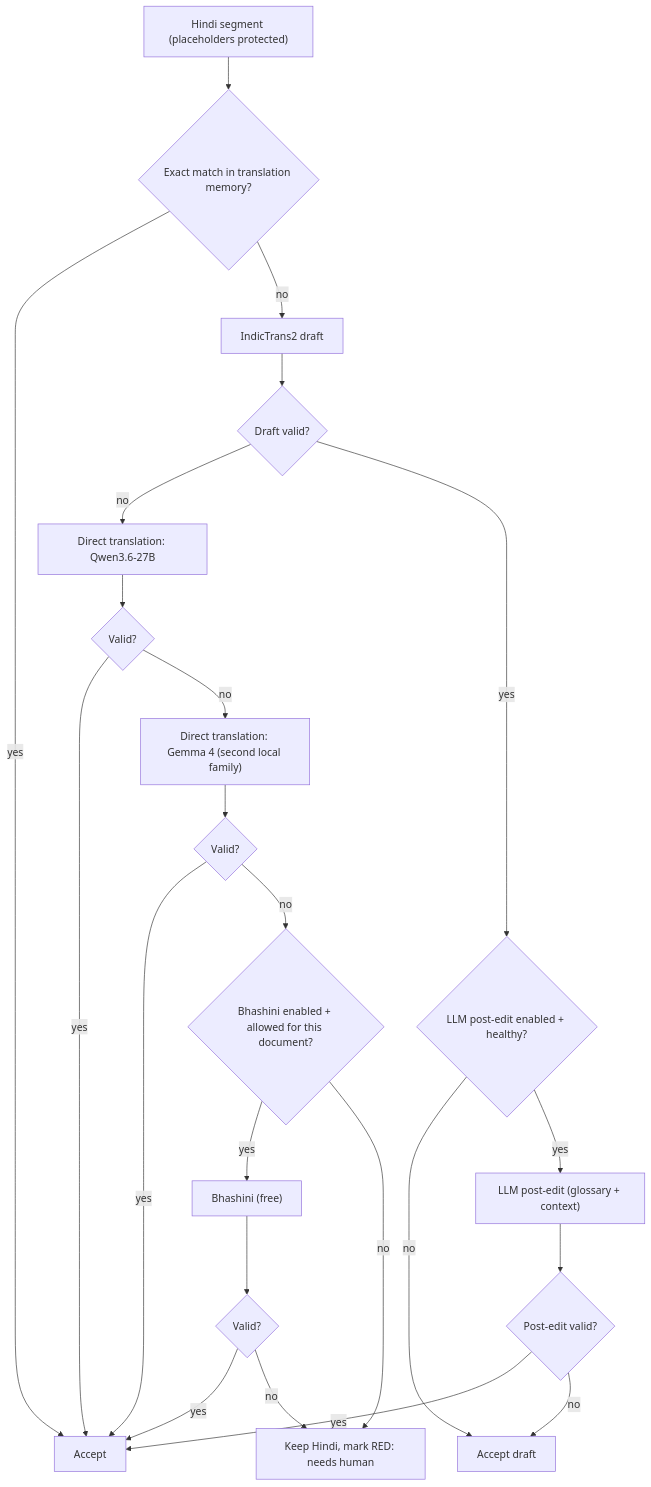
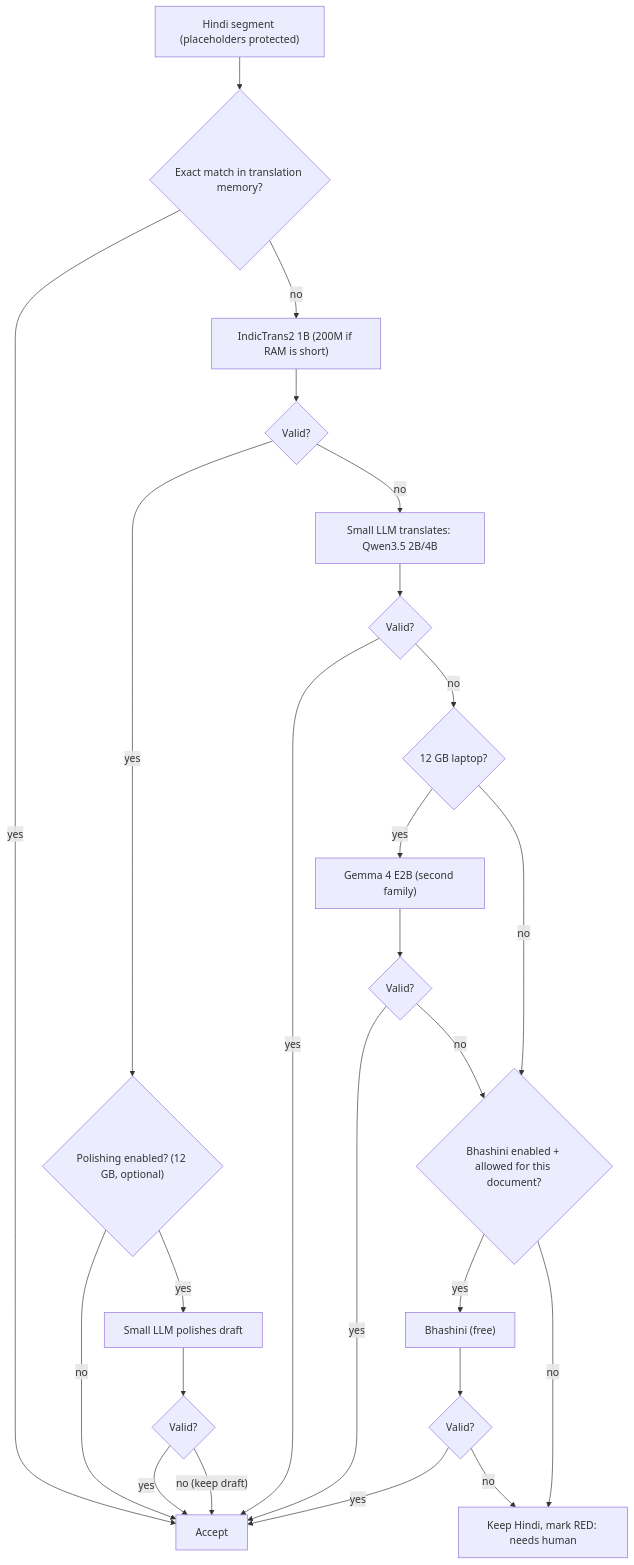
The third of 3 diagrams in PLAN.md (prasannad20011121/Pdf_-translater-), drawn with Mermaid before and after one commit. The commit also changed other lines of this file and 1 other file, not shown here.

First line of the commit message:
Revise plan for 8–12 GB RAM CPU-only laptops

````diff
--- a/PLAN.md
+++ b/PLAN.md
@@ -206,24 +260,24 @@
 ```mermaid
 flowchart TD
   S["Hindi segment (placeholders protected)"] --> TM{"Exact match in translation memory?"}
   TM -- yes --> OK["Accept"]
-  TM -- no --> D["IndicTrans2 draft"]
-  D --> V1{"Draft valid?"}
-  V1 -- no --> LD["Direct translation: Qwen3.6-27B"]
-  V1 -- yes --> R{"LLM post-edit enabled + healthy?"}
-  R -- no --> OKD["Accept draft"]
-  R -- yes --> PE["LLM post-edit (glossary + context)"]
-  PE --> V2{"Post-edit valid?"}
+  TM -- no --> D["IndicTrans2 1B (200M if RAM is short)"]
+  D --> V1{"Valid?"}
+  V1 -- yes --> PEQ{"Polishing enabled? (12 GB, optional)"}
+  PEQ -- no --> OK
+  PEQ -- yes --> PE["Small LLM polishes draft"] --> V2{"Valid?"}
   V2 -- yes --> OK
-  V2 -- no --> OKD
-  LD --> V3{"Valid?"}
+  V2 -- "no (keep draft)" --> OK
+  V1 -- no --> L1["Small LLM translates: Qwen3.5 2B/4B"]
+  L1 --> V3{"Valid?"}
   V3 -- yes --> OK
-  V3 -- no --> L2["Direct translation: Gemma 4 (second local family)"]
-  L2 --> V4{"Valid?"}
+  V3 -- no --> G{"12 GB laptop?"}
+  G -- yes --> L2["Gemma 4 E2B (second family)"] --> V4{"Valid?"}
   V4 -- yes --> OK
-  V4 -- no --> B{"Bhashini enabled + allowed for this document?"}
+  V4 -- no --> B
+  G -- no --> B{"Bhashini enabled + allowed for this document?"}
   B -- yes --> BH["Bhashini (free)"] --> V5{"Valid?"}
   V5 -- yes --> OK
   V5 -- no --> FLAG["Keep Hindi, mark RED: needs human"]
   B -- no --> FLAG
 ```
````
